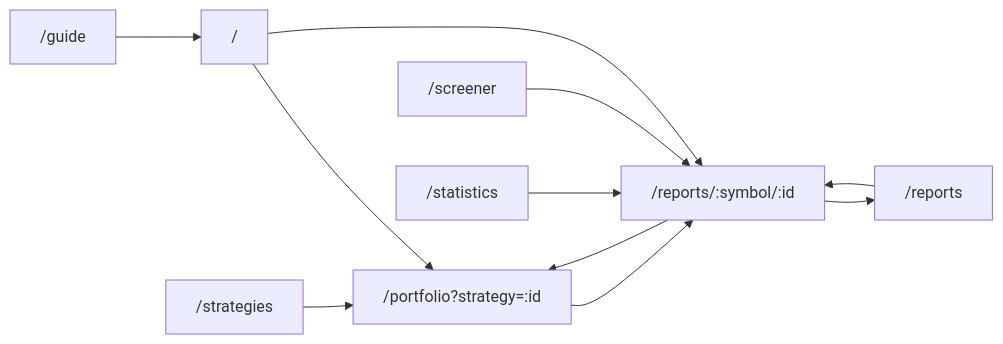
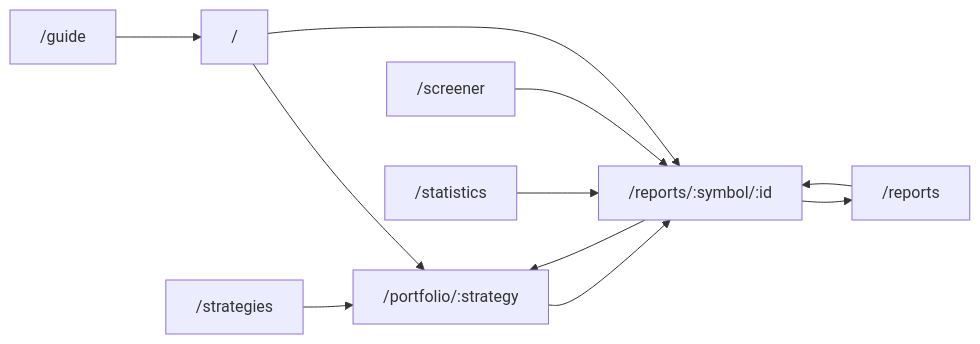
One commit to choiinyeol/snusmic-portfolio-lab changed the diagram in DESIGN.md. Above: the diagram before and after it, drawn with Mermaid. The commit also changed other lines of this file and 27 other files, not shown here.

````diff
--- a/DESIGN.md
+++ b/DESIGN.md
@@ -201,13 +201,13 @@
 ```mermaid
 flowchart LR
-  Overview["/"] --> Portfolio["/portfolio?strategy=:id"]
+  Overview["/"] --> Portfolio["/portfolio/:strategy"]
   Overview --> ReportDetail["/reports/:symbol/:id"]
   Portfolio --> ReportDetail
   Reports["/reports"] --> ReportDetail
   Screener["/screener"] --> ReportDetail
   Strategies["/strategies"] --> Portfolio
   Statistics["/statistics"] --> ReportDetail
   ReportDetail --> Reports
   ReportDetail --> Portfolio
   Guide["/guide"] --> Overview
 ```
````
